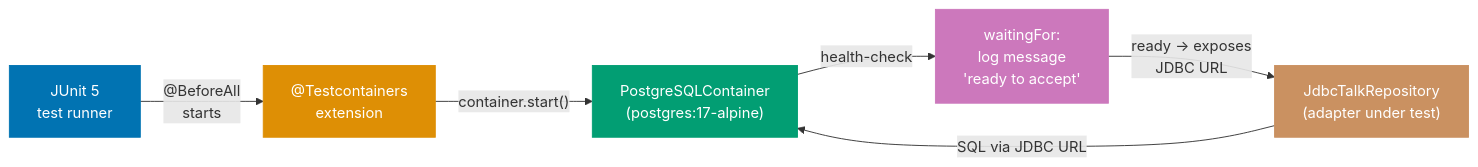
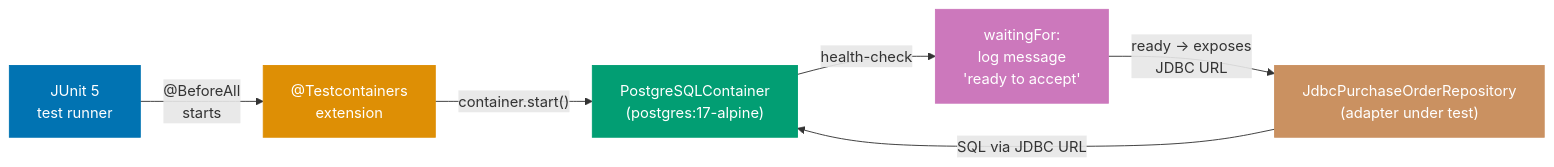
Before and after one commit to wahidyankf/open-sharia-enterprise: the first of 2 diagrams in apps/ayokoding-web/content/en/learn/software-engineering/architecture/ddd-hexagonal-in-practice/oop-in-the-field/advanced.md, drawn with Mermaid. The commit also changed other lines of this file and 38 other files, not shown here.

First line of the commit message:
docs(ayokoding-web): unify architecture tutorials on shared P2P domain

````diff
--- a/apps/ayokoding-web/content/en/learn/software-engineering/architecture/ddd-hexagonal-in-practice/oop-in-the-field/advanced.md
+++ b/apps/ayokoding-web/content/en/learn/software-engineering/architecture/ddd-hexagonal-in-practice/oop-in-the-field/advanced.md
@@ -93,20 +74,19 @@
 ```mermaid
 flowchart LR
     jvm["JUnit 5\ntest runner"]:::blue
     tc["@Testcontainers\nextension"]:::orange
     pg["PostgreSQLContainer\n(postgres:17-alpine)"]:::teal
     probe["waitingFor:\nlog message\n'ready to accept'"]:::purple
-    adapter["JdbcTalkRepository\n(adapter under test)"]:::brown
-
+    adapter["JdbcPurchaseOrderRepository\n(adapter under test)"]:::brown
     jvm -->|"@BeforeAll\nstarts"| tc
     tc -->|"container.start()"| pg
     pg -->|"health-check"| probe
     probe -->|"ready → exposes\nJDBC URL"| adapter
     adapter -->|"SQL via JDBC URL"| pg
 
     classDef blue fill:#0173B2,color:#fff,stroke:#0173B2
     classDef orange fill:#DE8F05,color:#fff,stroke:#DE8F05
     classDef teal fill:#029E73,color:#fff,stroke:#029E73
     classDef purple fill:#CC78BC,color:#fff,stroke:#CC78BC
     classDef brown fill:#CA9161,color:#fff,stroke:#CA9161
 ```
````
